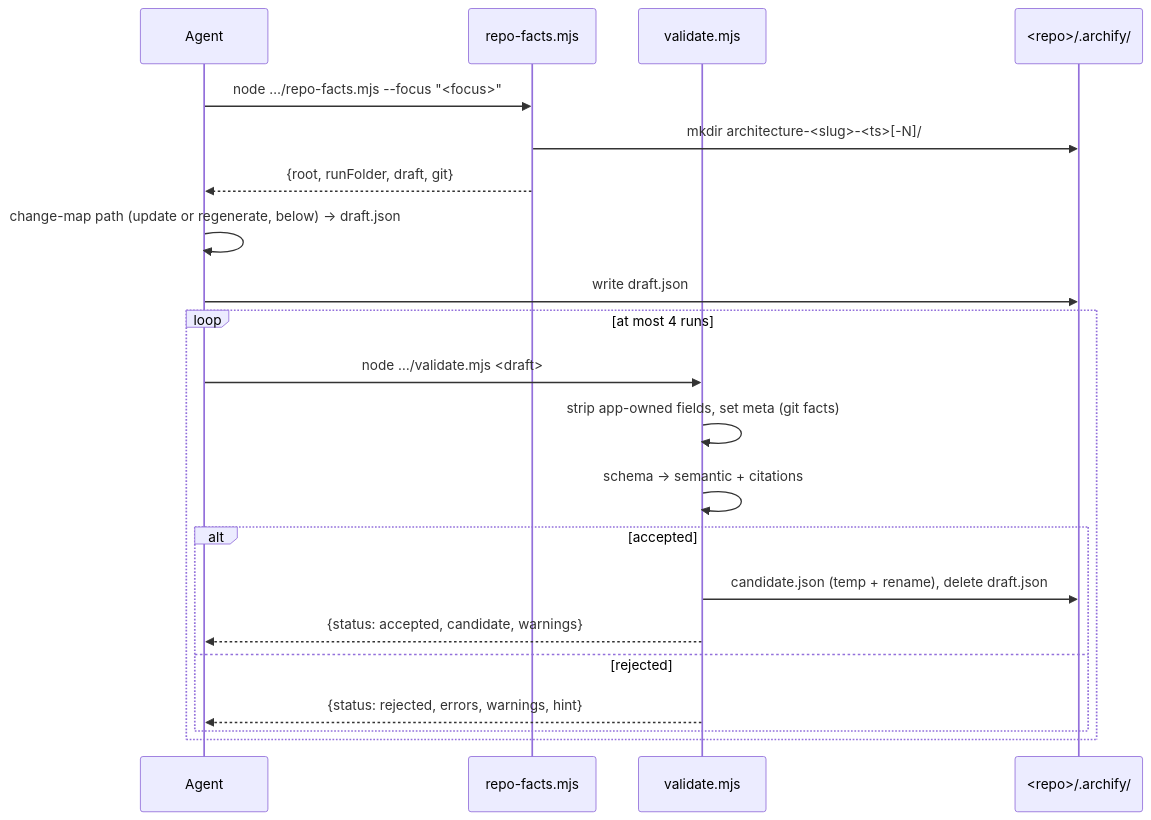
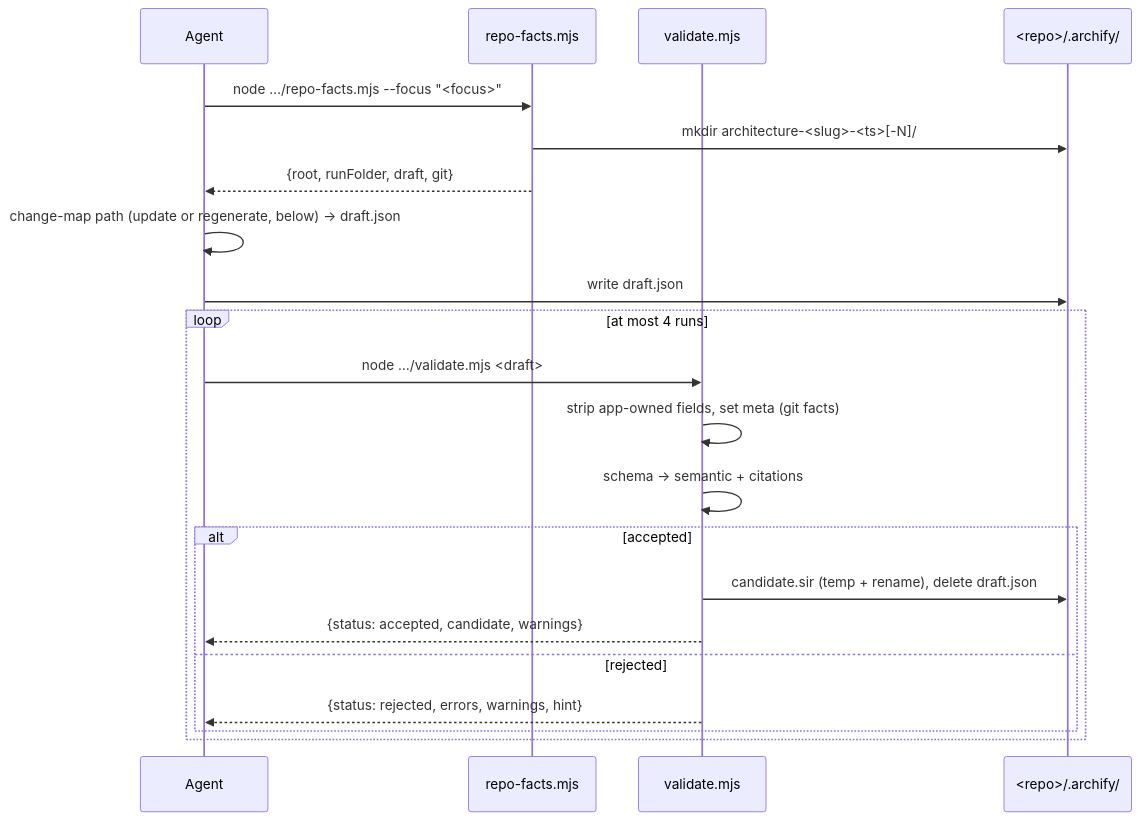
The second of 7 diagrams in docs/architecture.md (DennieDan/sustain), drawn with Mermaid before and after one commit. The commit also changed other lines of this file and 45 other files, not shown here.

First line of the commit message:
Open diagrams as .sir files in a custom editor (ADR 0033)

````diff
--- a/docs/architecture.md
+++ b/docs/architecture.md
@@ -147,23 +147,23 @@
 ```mermaid
 sequenceDiagram
   participant A as Agent
   participant RF as repo-facts.mjs
   participant V as validate.mjs
   participant FS as <repo>/.archify/
   A->>RF: node …/repo-facts.mjs --focus "<focus>"
   RF->>FS: mkdir architecture-<slug>-<ts>[-N]/
   RF-->>A: {root, runFolder, draft, git}
   A->>A: change-map path (update or regenerate, below) → draft.json
   A->>FS: write draft.json
   loop at most 4 runs
     A->>V: node …/validate.mjs <draft>
     V->>V: strip app-owned fields, set meta (git facts)
     V->>V: schema → semantic + citations
     alt accepted
-      V->>FS: candidate.json (temp + rename), delete draft.json
+      V->>FS: candidate.sir (temp + rename), delete draft.json
       V-->>A: {status: accepted, candidate, warnings}
     else rejected
       V-->>A: {status: rejected, errors, warnings, hint}
     end
   end
 ```
````
